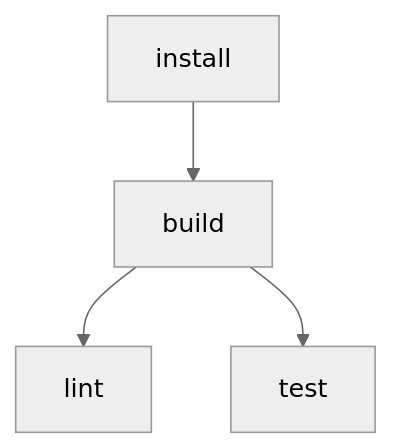
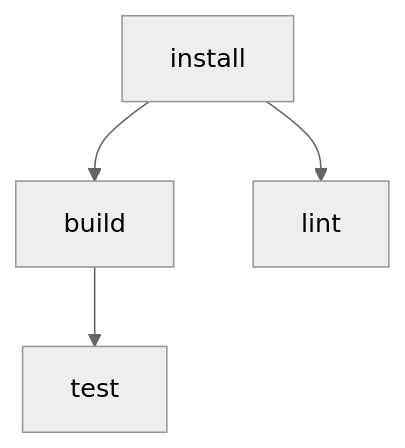
One commit to typescript-nameof/nameof changed the first of 3 diagrams in docs/PipelineWorkflow.md. Above: the diagram before and after it, drawn with Mermaid (neutral theme). The commit also changed other lines of this file and 2 other files, not shown here.

Commit message:
Rearrange pipeline execution order

````diff
--- a/docs/PipelineWorkflow.md
+++ b/docs/PipelineWorkflow.md
@@ -3,11 +3,11 @@
 ```mermaid
 flowchart TD
     install
     build
     lint
     test
 
     install --> build
-    build --> lint
+    install --> lint
     build --> test
 ```
````
